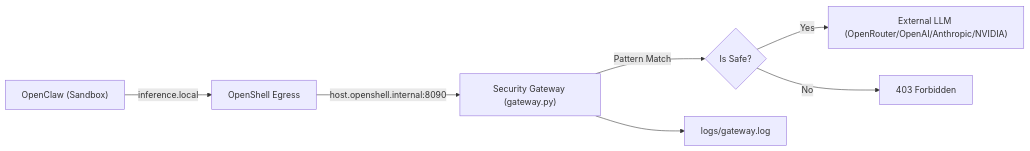
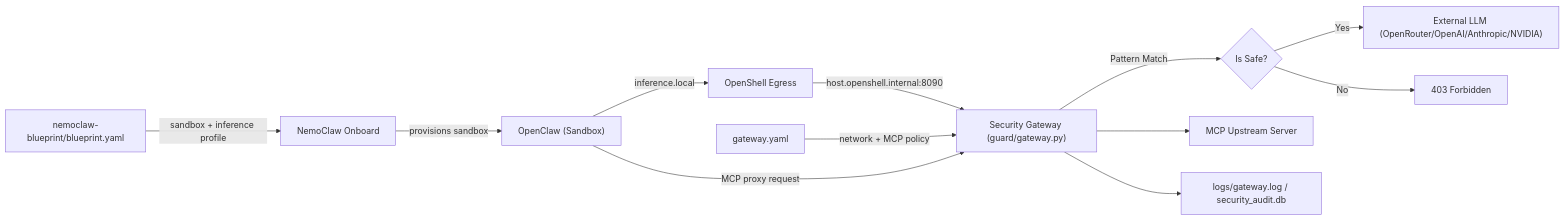
One commit to bforecast/openclaw-guard changed the diagram in README.md. Above: the diagram before and after it, drawn with Mermaid. The commit also changed other lines of this file and 5 other files, not shown here.

````diff
--- a/README.md
+++ b/README.md
@@ -15,9 +17,14 @@
 ```mermaid
 flowchart LR
     A["OpenClaw (Sandbox)"] -->|inference.local| B["OpenShell Egress"]
-    B -->|host.openshell.internal:8090| C["Security Gateway (gateway.py)"]
+    B -->|host.openshell.internal:8090| C["Security Gateway (guard/gateway.py)"]
     C -->|Pattern Match| D{Is Safe?}
     D -->|Yes| E["External LLM (OpenRouter/OpenAI/Anthropic/NVIDIA)"]
     D -->|No| F["403 Forbidden"]
-    C --> G["logs/gateway.log"]
+    H["gateway.yaml"] -->|network + MCP policy| C
+    I["nemoclaw-blueprint/blueprint.yaml"] -->|sandbox + inference profile| J["NemoClaw Onboard"]
+    J -->|provisions sandbox| A
+    A -->|MCP proxy request| C
+    C --> K["MCP Upstream Server"]
+    C --> G["logs/gateway.log / security_audit.db"]
 ```
````
